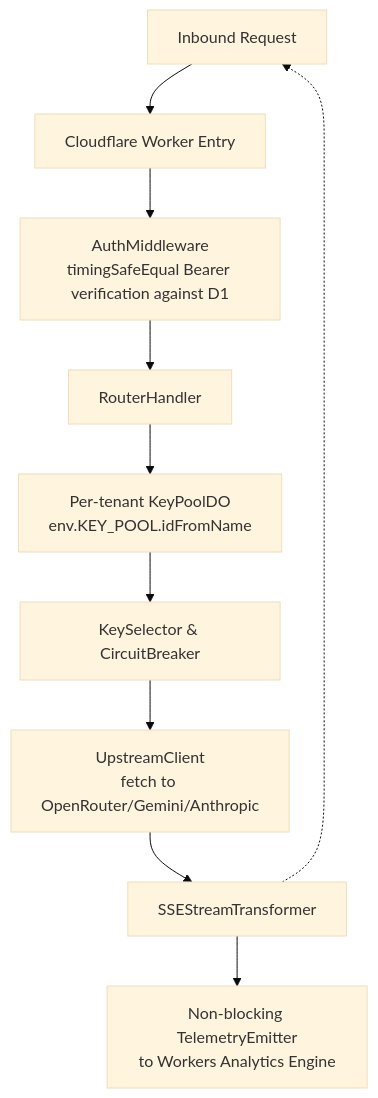
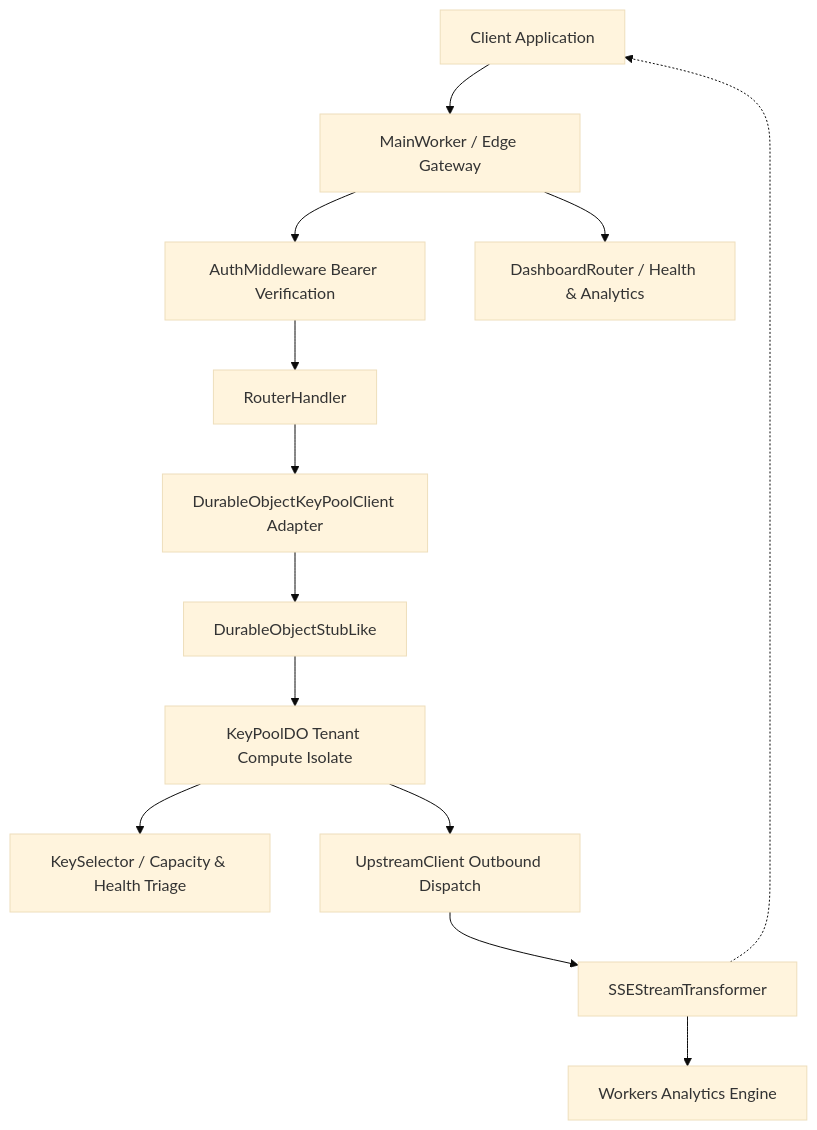
Before and after one commit to Axe-08/Key-Collective: the diagram in docs/study_guide/02_architecture_and_whys.md, drawn with Mermaid (base theme). The commit also changed other lines of this file and 62 other files, not shown here.

````diff
--- a/docs/study_guide/02_architecture_and_whys.md
+++ b/docs/study_guide/02_architecture_and_whys.md
@@ -15,12 +13,15 @@
 ```mermaid
 flowchart TD
-    Client[Inbound Request] --> Worker[Cloudflare Worker Entry]
-    Worker --> AuthMiddleware[AuthMiddleware<br>timingSafeEqual Bearer verification against D1]
-    AuthMiddleware --> RouterHandler[RouterHandler]
-    RouterHandler --> KeyPoolDO[Per-tenant KeyPoolDO<br>env.KEY_POOL.idFromName]
-    KeyPoolDO --> KeySelector[KeySelector & CircuitBreaker]
-    KeySelector --> UpstreamClient[UpstreamClient<br>fetch to OpenRouter/Gemini/Anthropic]
-    UpstreamClient --> SSEStreamTransformer[SSEStreamTransformer]
-    SSEStreamTransformer --> TelemetryEmitter[Non-blocking TelemetryEmitter<br>to Workers Analytics Engine]
-    SSEStreamTransformer -.-> Client
+    Client[Client Application] --> Gateway[MainWorker / Edge Gateway]
+    Gateway --> Auth[AuthMiddleware Bearer Verification]
+    Gateway --> DashboardRouter[DashboardRouter / Health & Analytics]
+    Auth --> Handler[RouterHandler]
+    Handler --> DOClient[DurableObjectKeyPoolClient Adapter]
+    DOClient --> DOStub[DurableObjectStubLike]
+    DOStub --> KeyPool[KeyPoolDO Tenant Compute Isolate]
+    KeyPool --> Selector[KeySelector / Capacity & Health Triage]
+    KeyPool --> Upstream[UpstreamClient Outbound Dispatch]
+    Upstream --> Transformer[SSEStreamTransformer]
+    Transformer --> Analytics[Workers Analytics Engine]
+    Transformer -.-> Client
 ```
````
